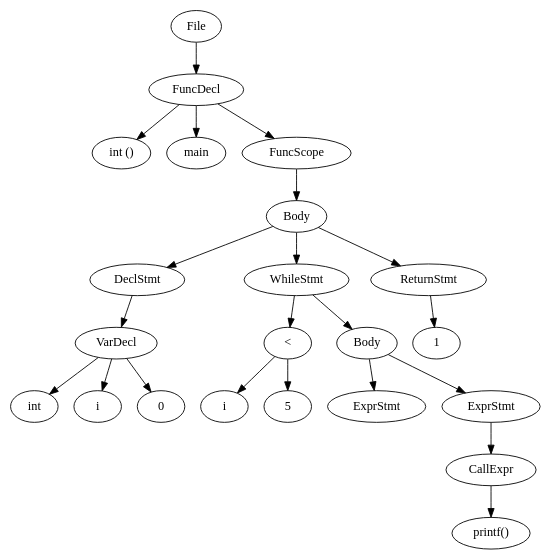
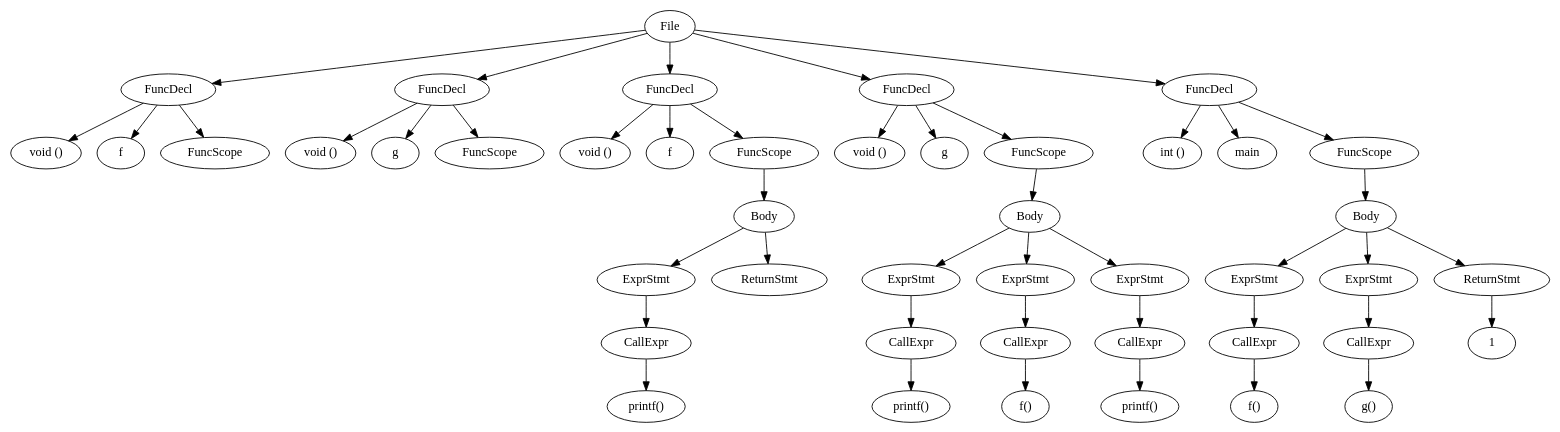
The diagram in src/output.dot (LarsDeLeeuw/Compilers), drawn with Graphviz before and after one commit. The commit also changed 10 other files, not shown here.

```diff
--- a/src/output.dot
+++ b/src/output.dot
@@ -1,44 +1,90 @@
 digraph {n0 [label="File"];
 n1 [label="FuncDecl"];
-n2 [label="int ()"];
-n3 [label="main"];
+n2 [label="void ()"];
+n3 [label="f"];
 n4 [label="FuncScope"];
-n6 [label="Body"];
-n8 [label="DeclStmt"];
-n9 [label="VarDecl"];
-n10 [label="int"];
-n11 [label="i"];
-n12 [label="0"];
-n13 [label="WhileStmt"];
-n15 [label="<"];
-n16 [label="i"];
-n17 [label="5"];
-n18 [label="Body"];
-n20 [label="ExprStmt"];
-n22 [label="ExprStmt"];
-n23 [label="CallExpr"];
-n24 [label="printf()"];
-n26 [label="ReturnStmt"];
-n27 [label="1"];
+n6 [label="FuncDecl"];
+n7 [label="void ()"];
+n8 [label="g"];
+n9 [label="FuncScope"];
+n11 [label="FuncDecl"];
+n12 [label="void ()"];
+n13 [label="f"];
+n14 [label="FuncScope"];
+n16 [label="Body"];
+n18 [label="ExprStmt"];
+n19 [label="CallExpr"];
+n20 [label="printf()"];
+n22 [label="ReturnStmt"];
+n24 [label="FuncDecl"];
+n25 [label="void ()"];
+n26 [label="g"];
+n27 [label="FuncScope"];
+n29 [label="Body"];
+n31 [label="ExprStmt"];
+n32 [label="CallExpr"];
+n33 [label="printf()"];
+n35 [label="ExprStmt"];
+n36 [label="CallExpr"];
+n37 [label="f()"];
+n39 [label="ExprStmt"];
+n40 [label="CallExpr"];
+n41 [label="printf()"];
+n43 [label="FuncDecl"];
+n44 [label="int ()"];
+n45 [label="main"];
+n46 [label="FuncScope"];
+n48 [label="Body"];
+n50 [label="ExprStmt"];
+n51 [label="CallExpr"];
+n52 [label="f()"];
+n54 [label="ExprStmt"];
+n55 [label="CallExpr"];
+n56 [label="g()"];
+n58 [label="ReturnStmt"];
+n59 [label="1"];
 n0 -> n1
 n1 -> n2
 n1 -> n3
 n1 -> n4
-n4 -> n6
+n0 -> n6
+n6 -> n7
 n6 -> n8
-n8 -> n9
-n9 -> n10
-n9 -> n11
-n9 -> n12
-n6 -> n13
-n13 -> n15
-n15 -> n16
-n15 -> n17
-n13 -> n18
-n18 -> n20
-n18 -> n22
-n22 -> n23
-n23 -> n24
-n6 -> n26
-n26 -> n27
+n6 -> n9
+n0 -> n11
+n11 -> n12
+n11 -> n13
+n11 -> n14
+n14 -> n16
+n16 -> n18
+n18 -> n19
+n19 -> n20
+n16 -> n22
+n0 -> n24
+n24 -> n25
+n24 -> n26
+n24 -> n27
+n27 -> n29
+n29 -> n31
+n31 -> n32
+n32 -> n33
+n29 -> n35
+n35 -> n36
+n36 -> n37
+n29 -> n39
+n39 -> n40
+n40 -> n41
+n0 -> n43
+n43 -> n44
+n43 -> n45
+n43 -> n46
+n46 -> n48
+n48 -> n50
+n50 -> n51
+n51 -> n52
+n48 -> n54
+n54 -> n55
+n55 -> n56
+n48 -> n58
+n58 -> n59
 }
```
